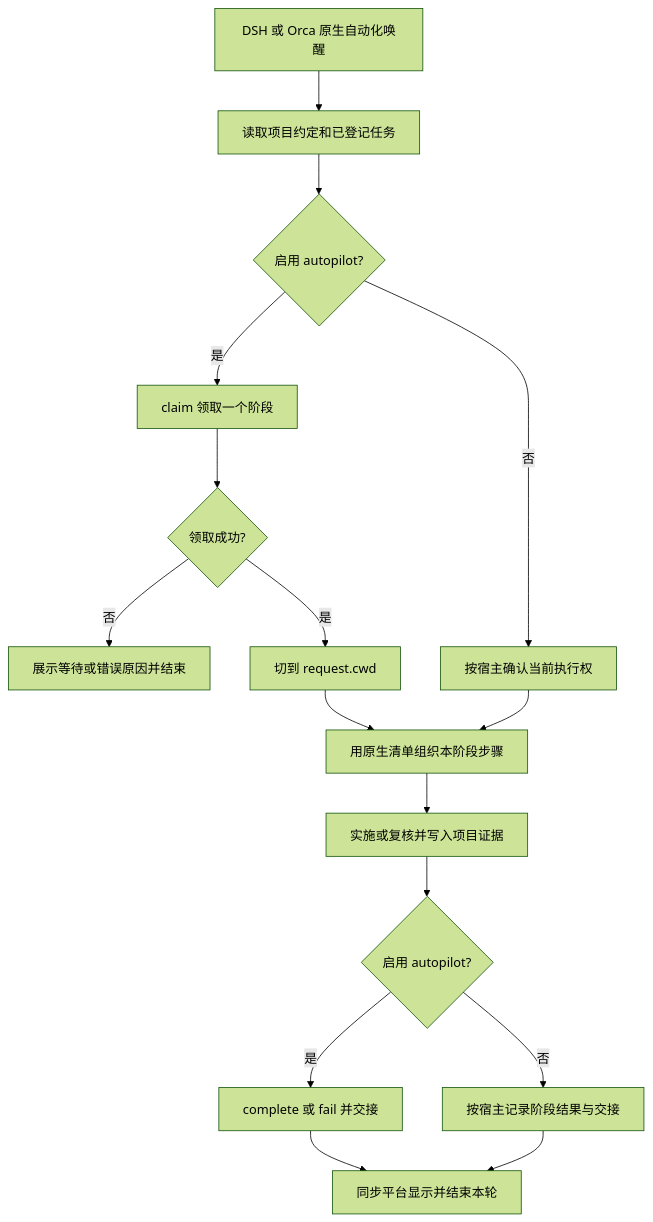
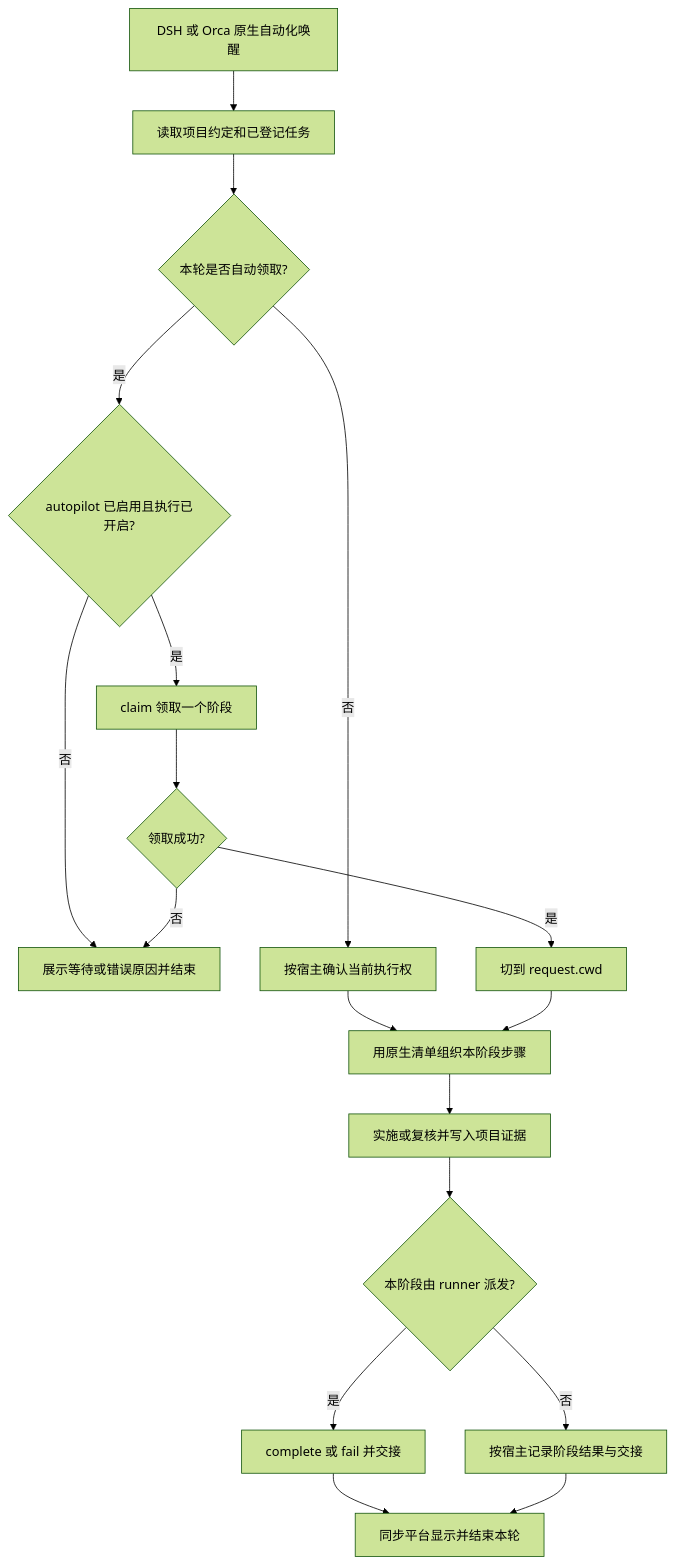
The diagram in skills/axns-devflow/references/tool-integration.md (axns8888/skill-repo), drawn with Mermaid (forest theme) before and after one commit. The commit also changed other lines of this file and 11 other files, not shown here.

````diff
--- a/skills/axns-devflow/references/tool-integration.md
+++ b/skills/axns-devflow/references/tool-integration.md
@@ -19,18 +44,20 @@
 ```mermaid
 flowchart TD
     A[DSH 或 Orca 原生自动化唤醒] --> B[读取项目约定和已登记任务]
-    B --> C{启用 autopilot?}
-    C -->|是| D[claim 领取一个阶段]
+    B --> C{本轮是否自动领取?}
+    C -->|是| O{autopilot 已启用且执行已开启?}
+    O -->|是| D[claim 领取一个阶段]
+    O -->|否| H[展示等待或错误原因并结束]
     D --> E{领取成功?}
-    E -->|否| H[展示等待或错误原因并结束]
+    E -->|否| H
     C -->|否| F[按宿主确认当前执行权]
     E -->|是| G[切到 request.cwd]
     F --> I[用原生清单组织本阶段步骤]
     G --> I
     I --> J[实施或复核并写入项目证据]
-    J --> K{启用 autopilot?}
+    J --> K{本阶段由 runner 派发?}
     K -->|是| L[complete 或 fail 并交接]
     K -->|否| M[按宿主记录阶段结果与交接]
     L --> N[同步平台显示并结束本轮]
     M --> N
 ```
````
